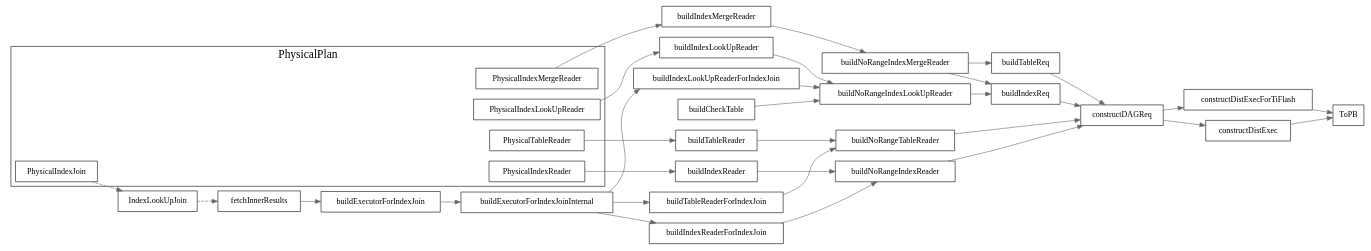
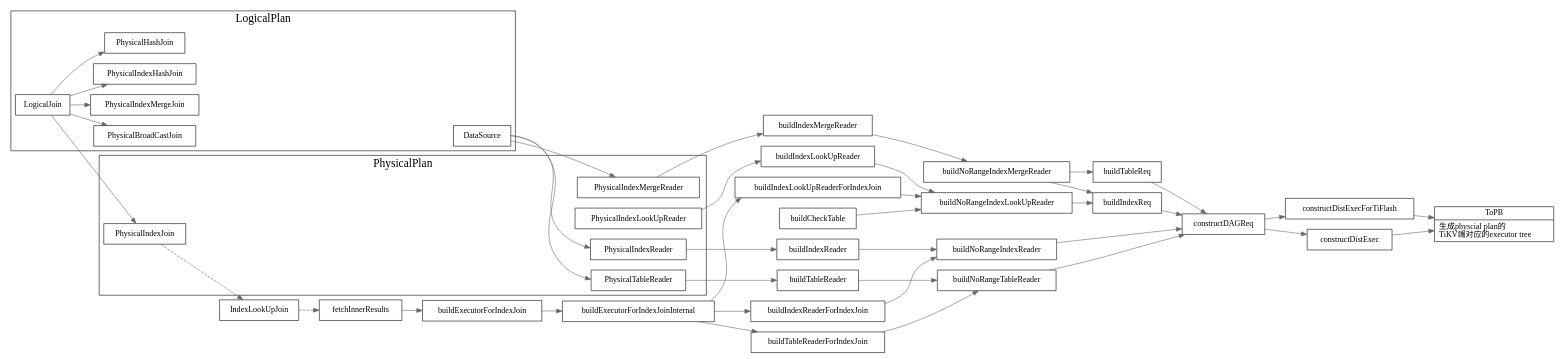
The diagram in src/tidb/dot/to-pd.dot (xieyu/blog), drawn with Graphviz before and after one commit. The commit also changed 22 other files, not shown here.

```diff
--- a/src/tidb/dot/to-pd.dot
+++ b/src/tidb/dot/to-pd.dot
@@ -1,66 +1,91 @@
 digraph ToPB {
   node[shape=box];
   edge[color=gray40];
   newrank=true;
   rankdir=LR;
+  ToPB[
+    shape="record";
+    label="{{
+      ToPB|
+      生成physcial plan的\l
+      TiKV端对应的executor tree\l
+    }}";
+  ];
+
   subgraph cluster_PhysicalPlan {
     graph[label="PhysicalPlan";fontsize=20;];
     PhysicalIndexReader;
     PhysicalTableReader;
     PhysicalIndexMergeReader;
     PhysicalIndexJoin; 
     PhysicalIndexLookUpReader;
+  }
+
+  subgraph cluster_LogicalPlan {
+    graph[label="LogicalPlan";fontsize=20;];
+    DataSource -> {
+      PhysicalTableReader;
+      PhysicalIndexReader;
+      PhysicalIndexMergeReader;
+    }
+    LogicalJoin -> {
+      PhysicalIndexJoin;
+      PhysicalIndexHashJoin;
+      PhysicalHashJoin;
+      PhysicalBroadCastJoin;
+      PhysicalIndexMergeJoin;
+    }
   }
   PhysicalIndexReader -> buildIndexReader;
   PhysicalTableReader -> buildTableReader;
   PhysicalIndexMergeReader -> buildIndexMergeReader -> buildNoRangeIndexMergeReader;
   PhysicalIndexJoin -> IndexLookUpJoin -> fetchInnerResults[style=dashed];
 
   fetchInnerResults -> buildExecutorForIndexJoin -> buildExecutorForIndexJoinInternal -> buildIndexReaderForIndexJoin;
   buildExecutorForIndexJoinInternal -> buildTableReaderForIndexJoin;
   PhysicalIndexLookUpReader -> buildIndexLookUpReader;
   buildExecutorForIndexJoinInternal -> {
     buildIndexLookUpReaderForIndexJoin;
   }
 
   {
     buildIndexLookUpReaderForIndexJoin ;
     buildIndexLookUpReader;
     buildCheckTable;
   }-> buildNoRangeIndexLookUpReader
   {
     buildIndexReader;
     buildIndexReaderForIndexJoin;
   } -> buildNoRangeIndexReader;
   {
     buildTableReader;
     buildTableReaderForIndexJoin;
   } -> buildNoRangeTableReader;
 
   {
     buildNoRangeIndexLookUpReader;
     buildNoRangeIndexMergeReader;
   } -> buildIndexReq;
 
   {
     buildNoRangeIndexMergeReader;
   } -> buildTableReq
 
   {
     buildNoRangeTableReader;
     buildNoRangeIndexReader;
     buildIndexReq;
     buildTableReq;
   } -> constructDAGReq;
 
   constructDAGReq -> {
     constructDistExecForTiFlash;
     constructDistExec;
   }
   constructDistExec -> {
     ToPB;
   }
   constructDistExecForTiFlash -> {
     ToPB;
   }
 }
```
